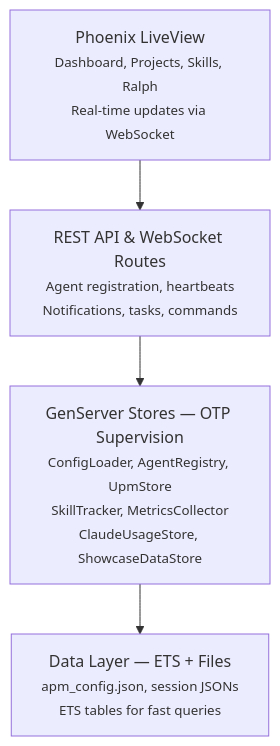
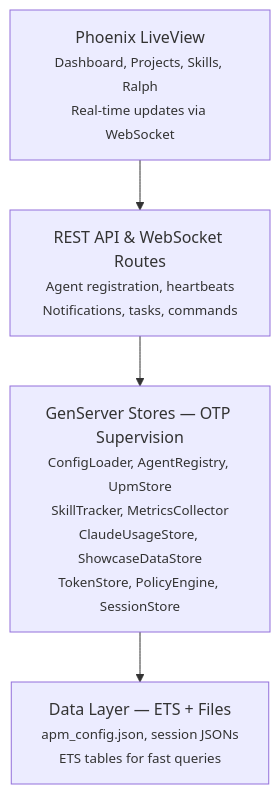
One commit to peguesj/ccem-apm changed the diagram in priv/docs/index.md. Above: the diagram before and after it, drawn with Mermaid. The commit also changed other lines of this file and 6 other files, not shown here.

````diff
--- a/priv/docs/index.md
+++ b/priv/docs/index.md
@@ -126,9 +148,9 @@
 ```mermaid
 graph TD
     A["Phoenix LiveView<br/><small>Dashboard, Projects, Skills, Ralph<br/>Real-time updates via WebSocket</small>"]
     B["REST API & WebSocket Routes<br/><small>Agent registration, heartbeats<br/>Notifications, tasks, commands</small>"]
-    C["GenServer Stores — OTP Supervision<br/><small>ConfigLoader, AgentRegistry, UpmStore<br/>SkillTracker, MetricsCollector<br/>ClaudeUsageStore, ShowcaseDataStore</small>"]
+    C["GenServer Stores — OTP Supervision<br/><small>ConfigLoader, AgentRegistry, UpmStore<br/>SkillTracker, MetricsCollector<br/>ClaudeUsageStore, ShowcaseDataStore<br/>TokenStore, PolicyEngine, SessionStore</small>"]
     D["Data Layer — ETS + Files<br/><small>apm_config.json, session JSONs<br/>ETS tables for fast queries</small>"]
 
     A --> B --> C --> D
 ```
````
